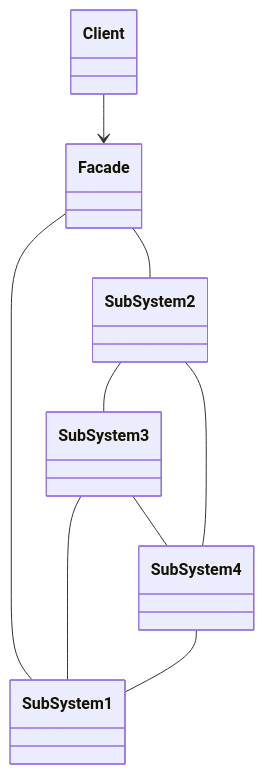
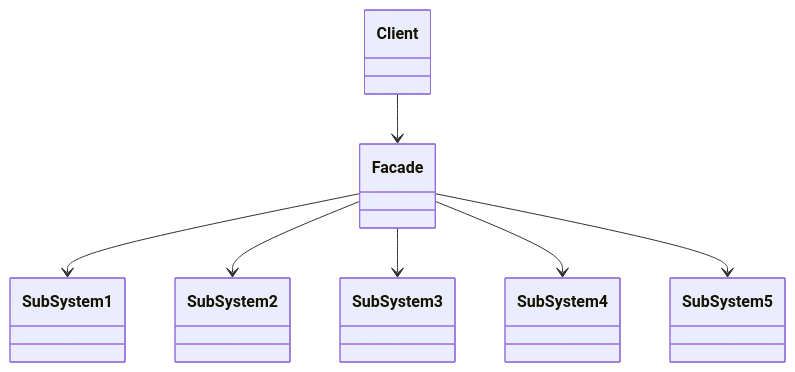
The first of 3 diagrams in _drafts/facade-pattern.md (choesimin/choesimin.github.io), drawn with Mermaid before and after one commit. The commit also changed other lines of this file, not shown here.

````diff
--- a/_drafts/facade-pattern.md
+++ b/_drafts/facade-pattern.md
@@ -37,20 +39,10 @@
 ```mermaid
 classDiagram
 
-class Client
-class Facade
-class SubSystem1
-class SubSystem2
-class SubSystem3
-class SubSystem4
-
 Client --> Facade
-
-Facade -- SubSystem1
-Facade -- SubSystem2
-SubSystem2 -- SubSystem3
-SubSystem2 -- SubSystem4
-SubSystem3 -- SubSystem1
-SubSystem3 -- SubSystem4
-SubSystem4 -- SubSystem1
+Facade --> SubSystem1
+Facade --> SubSystem2
+Facade --> SubSystem3
+Facade --> SubSystem4
+Facade --> SubSystem5
 ```
````
